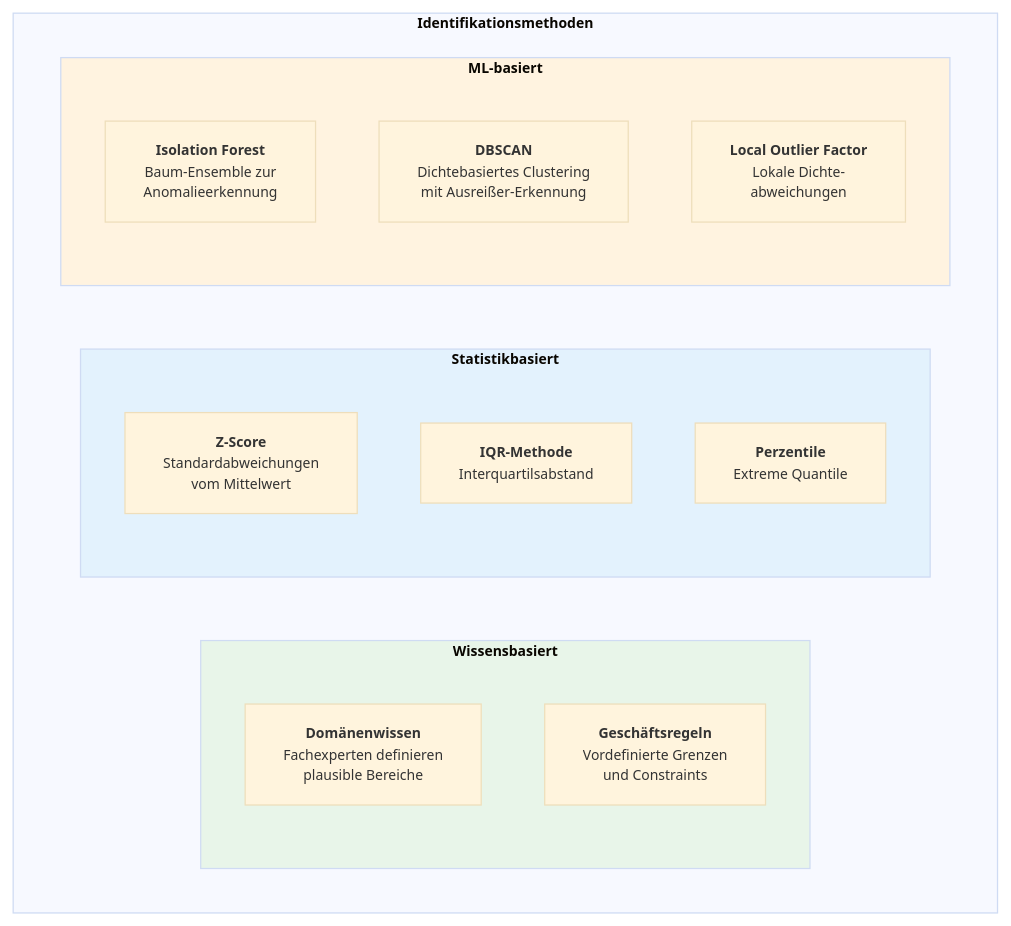
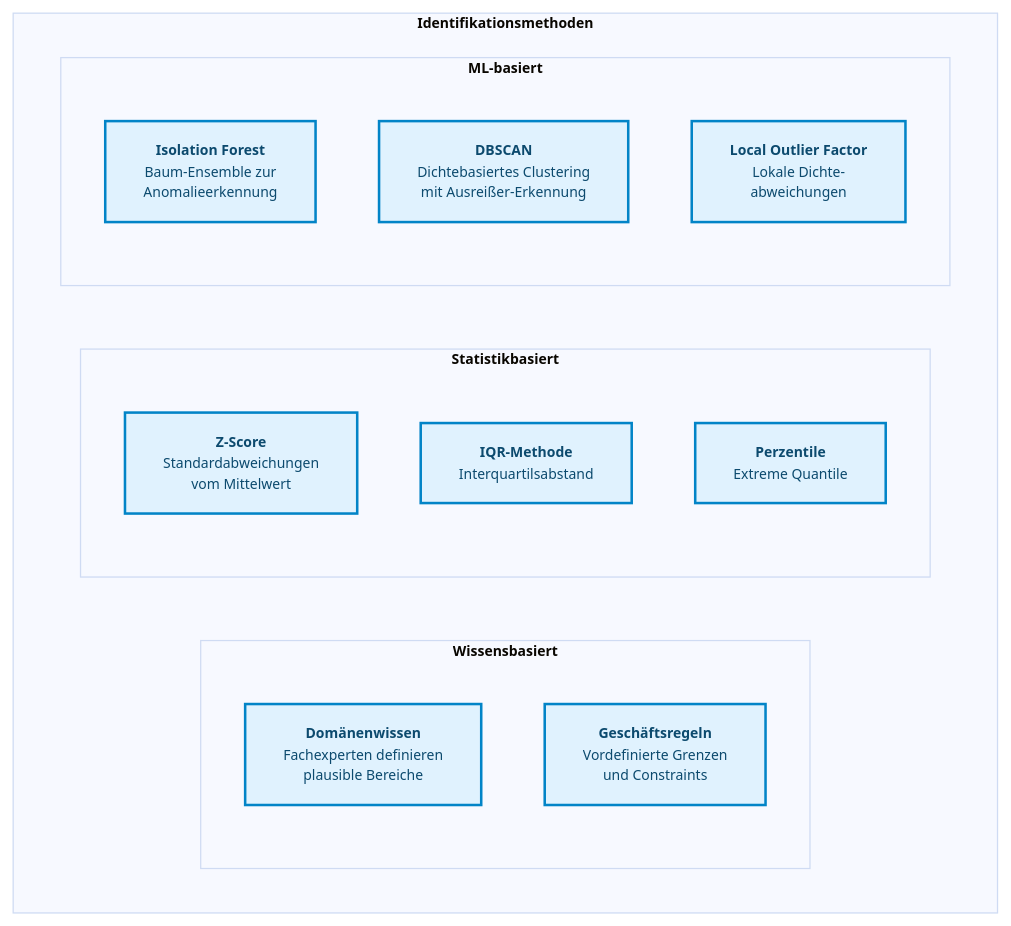
Before and after one commit to ralf-42/ML_Intro: the first of 7 diagrams in docs/concepts/prepare/outlier.md, drawn with Mermaid. The commit also changed other lines of this file and 67 other files, not shown here.

````diff
--- a/docs/concepts/prepare/outlier.md
+++ b/docs/concepts/prepare/outlier.md
@@ -33,28 +33,26 @@
 ```mermaid
 %%{init: {'theme': 'base', 'themeVariables': {'fontSize': '11px'}}}%%
 flowchart TB
     subgraph methoden["<b>Identifikationsmethoden"]
         direction LR
 
         subgraph wissen["<b>Wissensbasiert"]
             domain["<b>Domänenwissen</b><br/>Fachexperten definieren<br/>plausible Bereiche"]
             rules["<b>Geschäftsregeln</b><br/>Vordefinierte Grenzen<br/>und Constraints"]
         end
 
         subgraph statistik["<b>Statistikbasiert"]
             zscore["<b>Z-Score</b><br/>Standardabweichungen<br/>vom Mittelwert"]
             iqr["<b>IQR-Methode</b><br/>Interquartilsabstand"]
             percentile["<b>Perzentile</b><br/>Extreme Quantile"]
         end
 
         subgraph ml["<b>ML-basiert"]
             iforest["<b>Isolation Forest</b><br/>Baum-Ensemble zur<br/>Anomalieerkennung"]
             dbscan["<b>DBSCAN</b><br/>Dichtebasiertes Clustering<br/>mit Ausreißer-Erkennung"]
             lof["<b>Local Outlier Factor</b><br/>Lokale Dichte-<br/>abweichungen"]
         end
     end
 
-    style wissen fill:#e8f5e9
-    style statistik fill:#e3f2fd
-    style ml fill:#fff3e0
+classDef default fill:#e0f2fe,stroke:#0284c7,stroke-width:2px,color:#0c4a6e;
 ```
````
